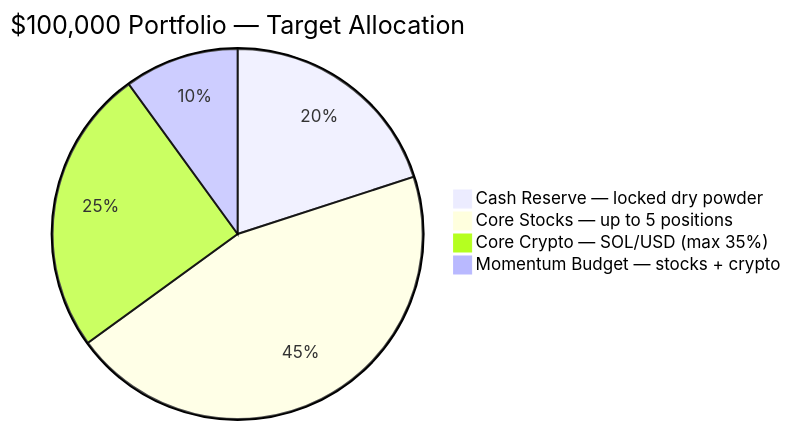
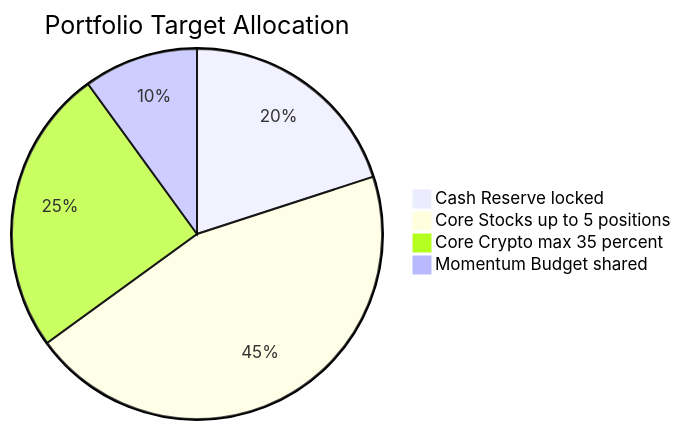
One commit to vanrajbohra-ds/trading-bot changed the third of 6 diagrams in README.md. Above: the diagram before and after it, drawn with Mermaid. The commit also changed other lines of this file, not shown here.

First line of the commit message:
Fix Mermaid diagram syntax for GitHub renderer

````diff
--- a/README.md
+++ b/README.md
@@ -78,7 +61,7 @@
 ```mermaid
-pie title $100,000 Portfolio — Target Allocation
-    "Cash Reserve — locked dry powder" : 20
-    "Core Stocks — up to 5 positions" : 45
-    "Core Crypto — SOL/USD (max 35%)" : 25
-    "Momentum Budget — stocks + crypto" : 10
+pie title Portfolio Target Allocation
+    "Cash Reserve locked" : 20
+    "Core Stocks up to 5 positions" : 45
+    "Core Crypto max 35 percent" : 25
+    "Momentum Budget shared" : 10
 ```
````
